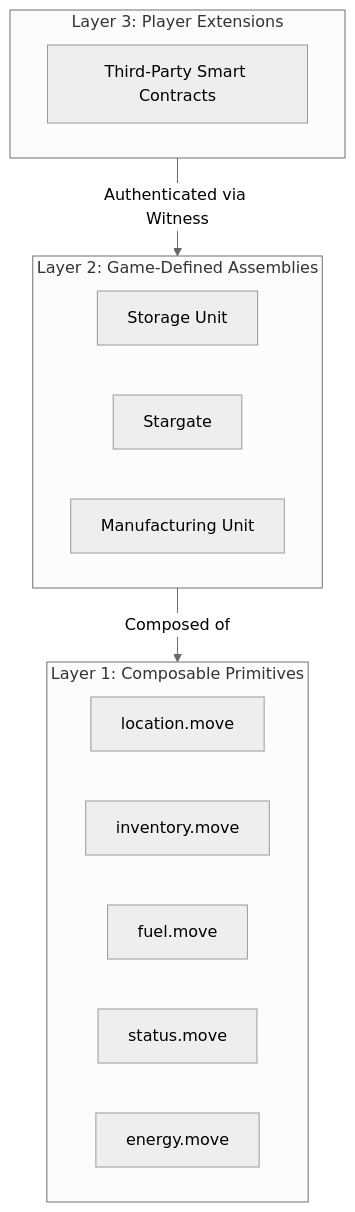
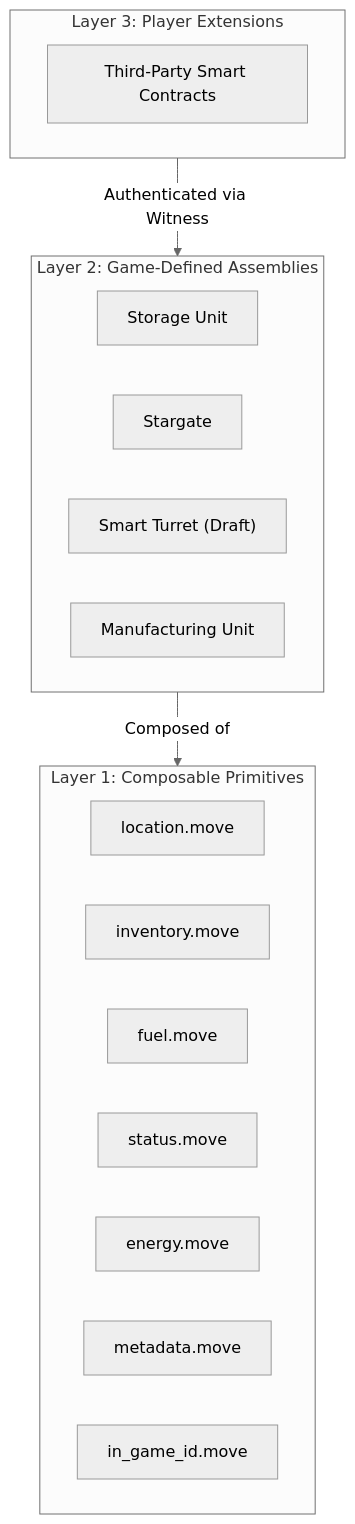
One commit to Scetrov/frontier.scetrov.live changed the first of 3 diagrams in content/develop/world-contracts/_index.md. Above: the diagram before and after it, drawn with Mermaid (neutral theme). The commit also changed 4 other files, not shown here.

````diff
--- a/content/develop/world-contracts/_index.md
+++ b/content/develop/world-contracts/_index.md
@@ -12,24 +12,27 @@
 ```mermaid
 graph TD
-    subgraph Layer3 [Layer 3: Player Extensions]
-        Mod[Third-Party Smart Contracts]
+    subgraph Layer3 ["Layer 3: Player Extensions"]
+        Mod["Third-Party Smart Contracts"]
     end
 
-    subgraph Layer2 [Layer 2: Game-Defined Assemblies]
-        SU[Storage Unit]
-        Gate[Stargate]
-        MU[Manufacturing Unit]
+    subgraph Layer2 ["Layer 2: Game-Defined Assemblies"]
+        SU["Storage Unit"]
+        Gate["Stargate"]
+        Turret["Smart Turret (Draft)"]
+        MU["Manufacturing Unit"]
     end
 
-    subgraph Layer1 [Layer 1: Composable Primitives]
-        Loc[location.move]
-        Inv[inventory.move]
-        Fuel[fuel.move]
-        Stat[status.move]
-        Energy[energy.move]
+    subgraph Layer1 ["Layer 1: Composable Primitives"]
+        Loc["location.move"]
+        Inv["inventory.move"]
+        Fuel["fuel.move"]
+        Stat["status.move"]
+        Energy["energy.move"]
+        Meta["metadata.move"]
+        ID["in_game_id.move"]
     end
 
     Layer3 -- Authenticated via Witness --> Layer2
     Layer2 -- Composed of --> Layer1
 
 ```
````
